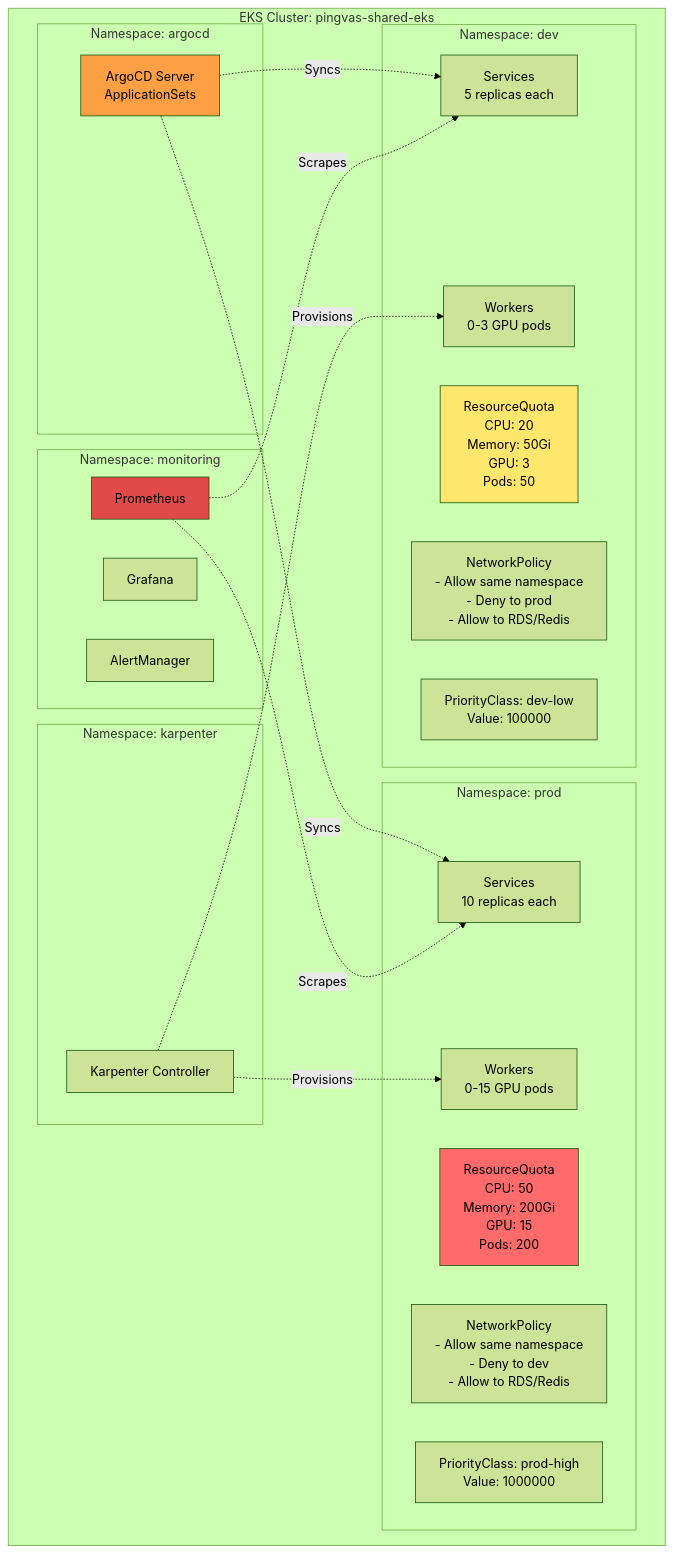
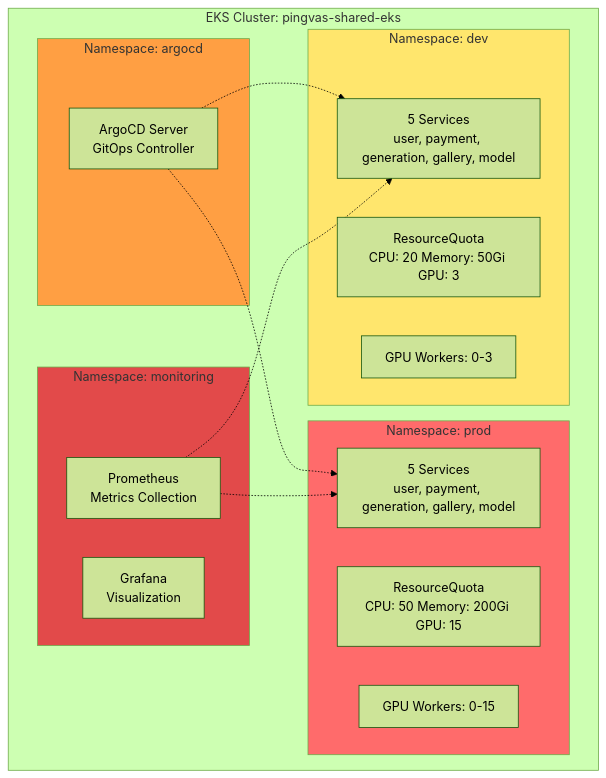
The fifth of 15 diagrams in docs/final-architecture/01-aws-architecture-diagram.md (Pinksea-AI/InvokeAI), drawn with Mermaid (forest theme) before and after one commit. The commit also changed other lines of this file, not shown here.

First line of the commit message:
fix: Simplify Mermaid diagrams in AWS architecture document

````diff
--- a/docs/final-architecture/01-aws-architecture-diagram.md
+++ b/docs/final-architecture/01-aws-architecture-diagram.md
@@ -327,54 +214,36 @@
 ```mermaid
 graph TB
-    subgraph "EKS Cluster: pingvas-shared-eks"
-        subgraph "Namespace: dev"
-            DevQuota[ResourceQuota<br/>CPU: 20<br/>Memory: 50Gi<br/>GPU: 3<br/>Pods: 50]
-
-            DevNP[NetworkPolicy<br/>- Allow same namespace<br/>- Deny to prod<br/>- Allow to RDS/Redis]
-
-            DevPriority[PriorityClass: dev-low<br/>Value: 100000]
-
-            DevServices[Services<br/>5 replicas each]
-            DevWorkers[Workers<br/>0-3 GPU pods]
+    subgraph Cluster[EKS Cluster: pingvas-shared-eks]
+        subgraph DevNS[Namespace: dev]
+            DevQuota[ResourceQuota<br/>CPU: 20 Memory: 50Gi GPU: 3]
+            DevServices[5 Services<br/>user, payment, generation, gallery, model]
+            DevWorkers[GPU Workers: 0-3]
         end
 
-        subgraph "Namespace: prod"
-            ProdQuota[ResourceQuota<br/>CPU: 50<br/>Memory: 200Gi<br/>GPU: 15<br/>Pods: 200]
-
-            ProdNP[NetworkPolicy<br/>- Allow same namespace<br/>- Deny to dev<br/>- Allow to RDS/Redis]
-
-            ProdPriority[PriorityClass: prod-high<br/>Value: 1000000]
-
-            ProdServices[Services<br/>10 replicas each]
-            ProdWorkers[Workers<br/>0-15 GPU pods]
+        subgraph ProdNS[Namespace: prod]
+            ProdQuota[ResourceQuota<br/>CPU: 50 Memory: 200Gi GPU: 15]
+            ProdServices[5 Services<br/>user, payment, generation, gallery, model]
+            ProdWorkers[GPU Workers: 0-15]
         end
 
-        subgraph "Namespace: argocd"
-            ArgoCD[ArgoCD Server<br/>ApplicationSets]
+        subgraph ArgoNS[Namespace: argocd]
+            ArgoCD[ArgoCD Server<br/>GitOps Controller]
         end
 
-        subgraph "Namespace: monitoring"
-            Prometheus[Prometheus]
-            Grafana[Grafana]
-            AlertManager[AlertManager]
-        end
-
-        subgraph "Namespace: karpenter"
-            KarpController[Karpenter Controller]
+        subgraph MonNS[Namespace: monitoring]
+            Prometheus[Prometheus<br/>Metrics Collection]
+            Grafana[Grafana<br/>Visualization]
         end
     end
 
-    ArgoCD -.->|Syncs| DevServices
-    ArgoCD -.->|Syncs| ProdServices
+    ArgoCD -.-> DevServices
+    ArgoCD -.-> ProdServices
 
-    Prometheus -.->|Scrapes| DevServices
-    Prometheus -.->|Scrapes| ProdServices
+    Prometheus -.-> DevServices
+    Prometheus -.-> ProdServices
 
-    KarpController -.->|Provisions| DevWorkers
-    KarpController -.->|Provisions| ProdWorkers
-
-    style DevQuota fill:#FFE66D
-    style ProdQuota fill:#FF6B6B
-    style ArgoCD fill:#FF9F43
-    style Prometheus fill:#E24A4A
+    style DevNS fill:#FFE66D
+    style ProdNS fill:#FF6B6B
+    style ArgoNS fill:#FF9F43
+    style MonNS fill:#E24A4A
 ```
````
